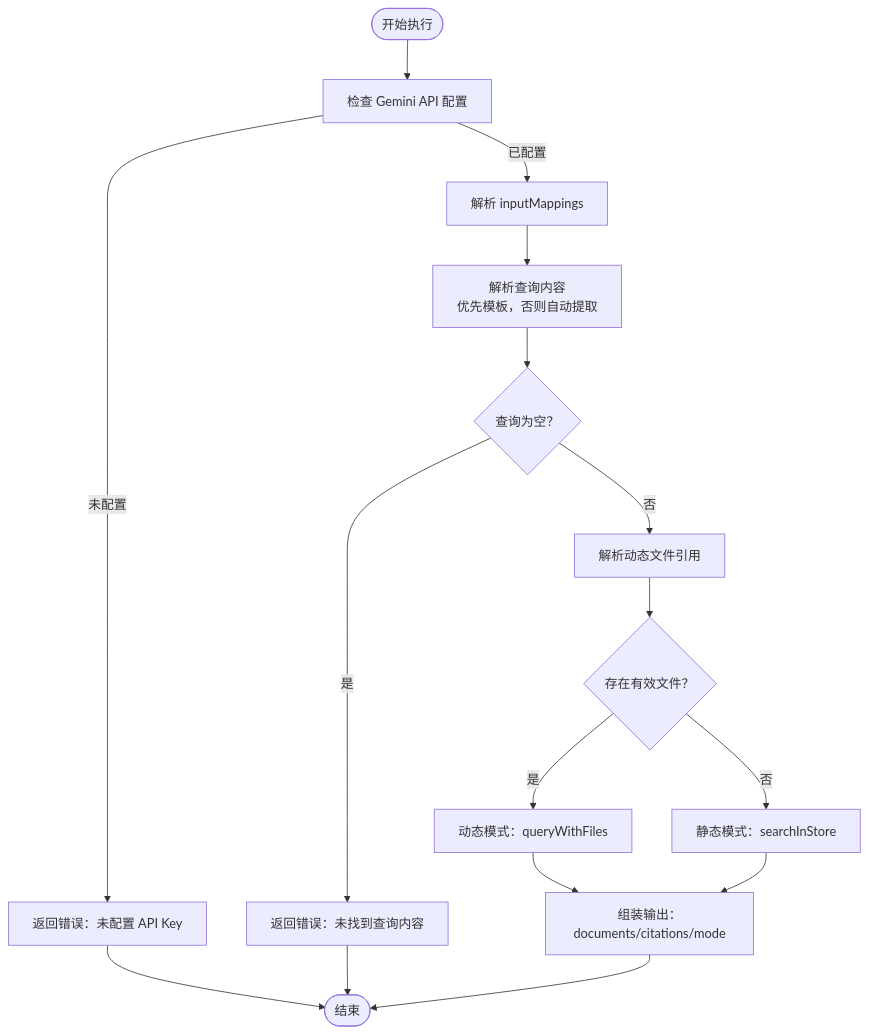
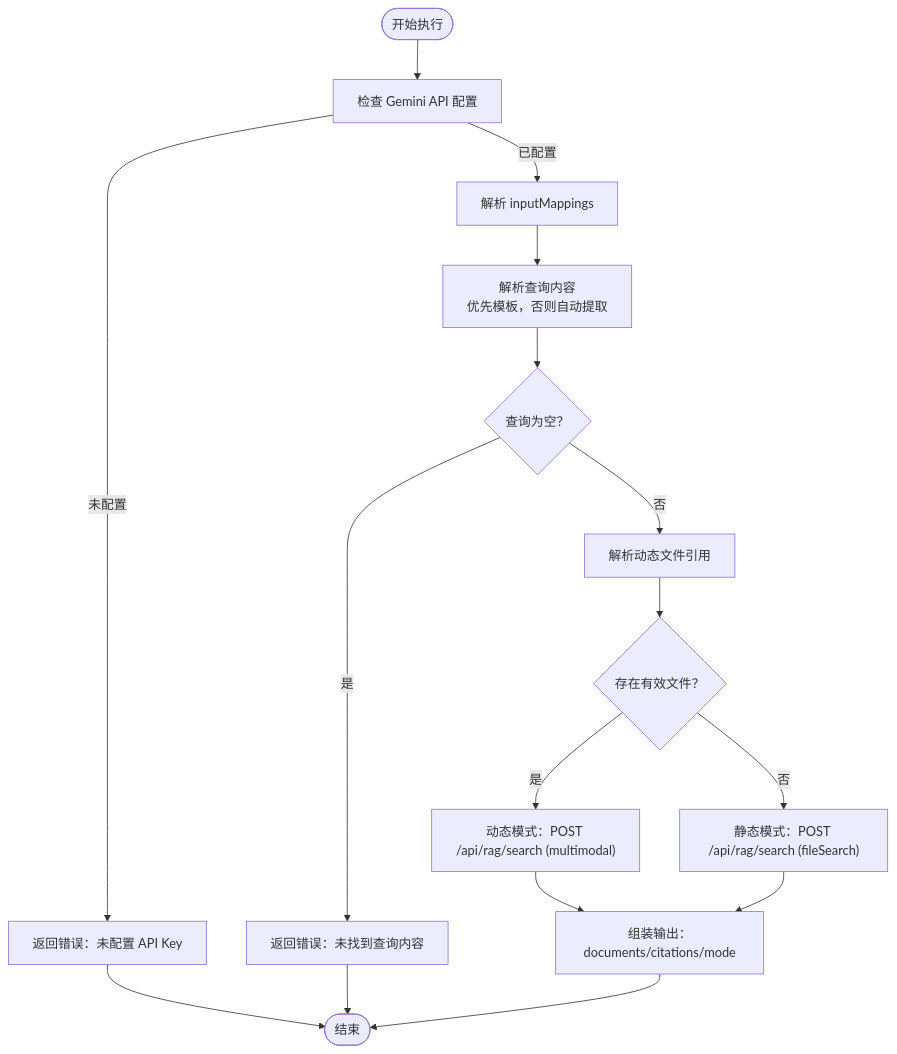
Before and after one commit to JasperLin2333/Flash-Flow: the third of 7 diagrams in .qoder/repowiki/zh/content/核心功能详解/模块化执行器架构/RAGNodeExecutor 增强.md, drawn with Mermaid. The commit also changed other lines of this file and 12 other files, not shown here.

````diff
--- a/.qoder/repowiki/zh/content/核心功能详解/模块化执行器架构/RAGNodeExecutor 增强.md
+++ b/.qoder/repowiki/zh/content/核心功能详解/模块化执行器架构/RAGNodeExecutor 增强.md
@@ -177,18 +176,18 @@
 ```mermaid
 flowchart TD
 Start(["开始执行"]) --> CheckAPI["检查 Gemini API 配置"]
 CheckAPI --> |未配置| ErrAPI["返回错误：未配置 API Key"]
 CheckAPI --> |已配置| ParseIM["解析 inputMappings"]
 ParseIM --> ResolveQ["解析查询内容<br/>优先模板，否则自动提取"]
 ResolveQ --> QEmpty{"查询为空？"}
 QEmpty --> |是| ErrQ["返回错误：未找到查询内容"]
 QEmpty --> |否| ResolveF["解析动态文件引用"]
 ResolveF --> HasF{"存在有效文件？"}
-HasF --> |是| ModeM["动态模式：queryWithFiles"]
-HasF --> |否| ModeFS["静态模式：searchInStore"]
+HasF --> |是| ModeM["动态模式：POST /api/rag/search (multimodal)"]
+HasF --> |否| ModeFS["静态模式：POST /api/rag/search (fileSearch)"]
 ModeM --> BuildOut["组装输出：documents/citations/mode"]
 ModeFS --> BuildOut
 BuildOut --> Done(["结束"])
 ErrAPI --> Done
 ErrQ --> Done
 ```
````
